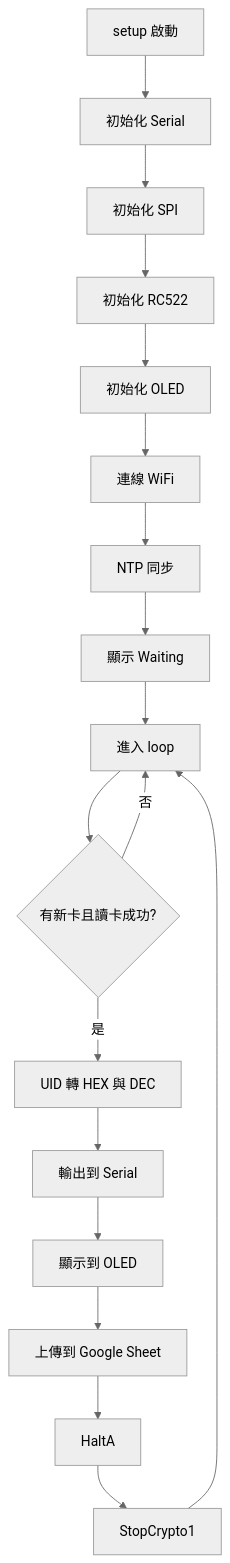
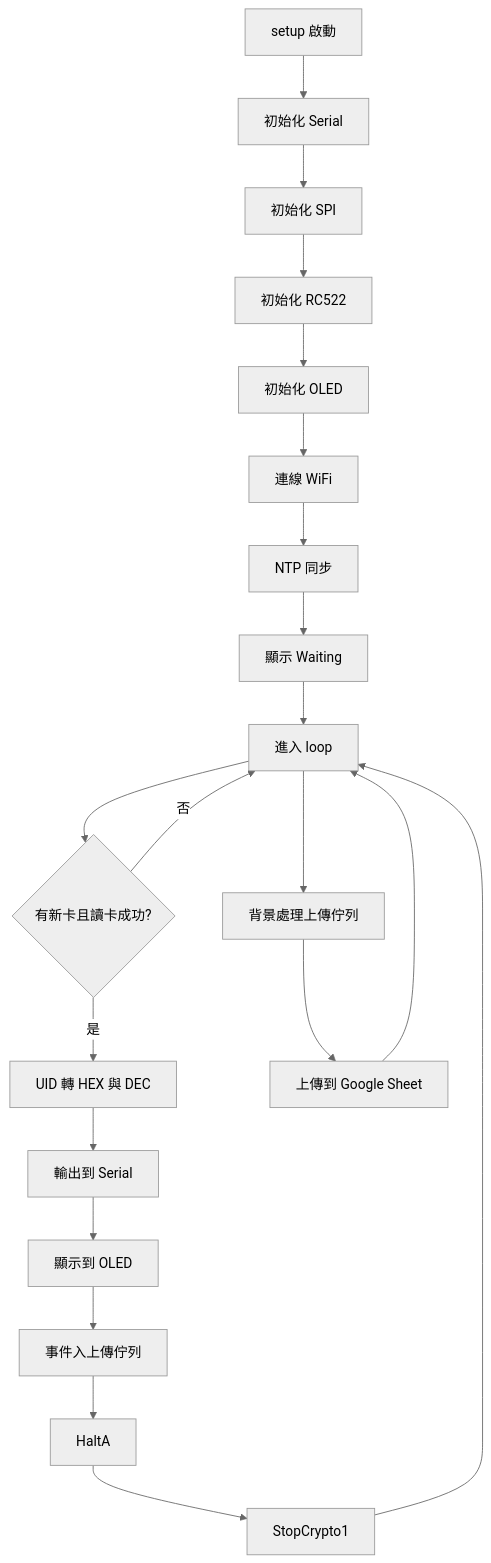
Before and after one commit to chiangyih/RFID-RC522_esp32: the diagram in README.md, drawn with Mermaid (neutral theme). The commit also changed other lines of this file and 2 other files, not shown here.

````diff
--- a/README.md
+++ b/README.md
@@ -134,21 +149,25 @@
 ```mermaid
 flowchart TD
 	A[setup 啟動] --> B[初始化 Serial]
 	B --> C[初始化 SPI]
 	C --> D[初始化 RC522]
 	D --> E[初始化 OLED]
 	E --> F[連線 WiFi]
 	F --> G[NTP 同步]
 	G --> H[顯示 Waiting]
 	H --> I[進入 loop]
 
 	I --> J{有新卡且讀卡成功?}
 	J -- 否 --> I
 	J -- 是 --> K[UID 轉 HEX 與 DEC]
 	K --> L[輸出到 Serial]
 	L --> M[顯示到 OLED]
-	M --> N[上傳到 Google Sheet]
+	M --> N[事件入上傳佇列]
 	N --> O[HaltA]
 	O --> P[StopCrypto1]
 	P --> I
+
+	I --> Q[背景處理上傳佇列]
+	Q --> R[上傳到 Google Sheet]
+	R --> I
 ```
````
